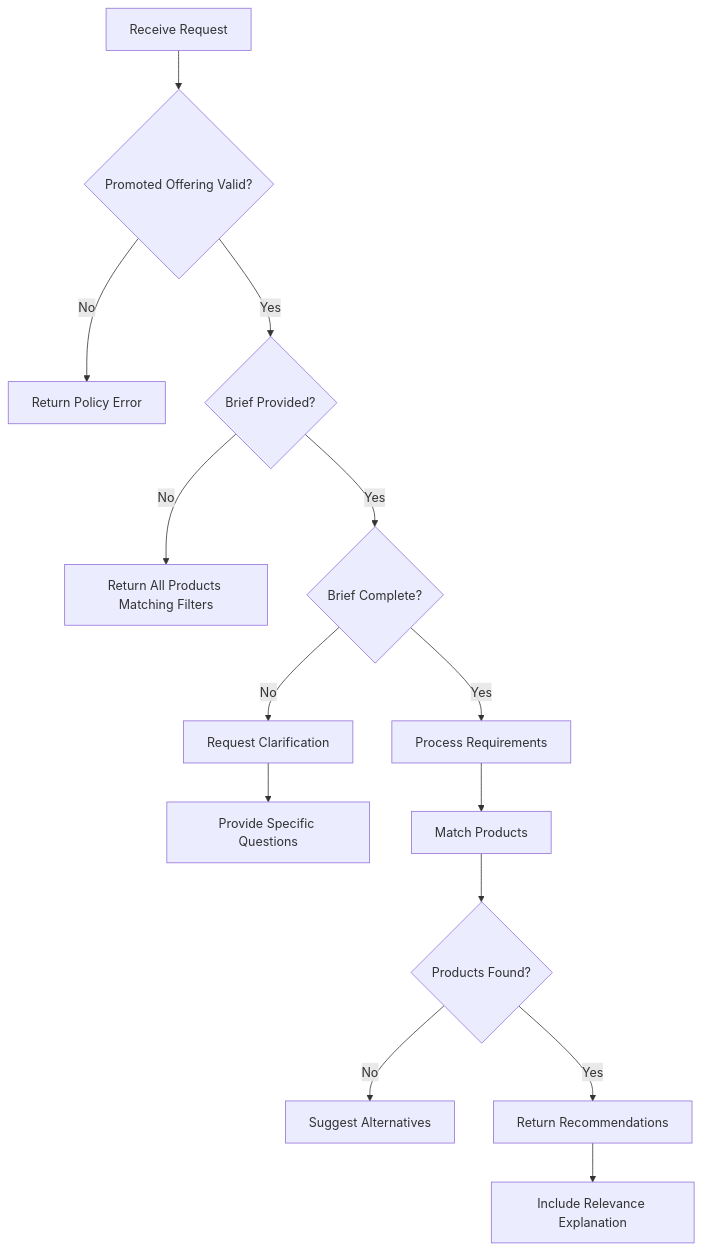
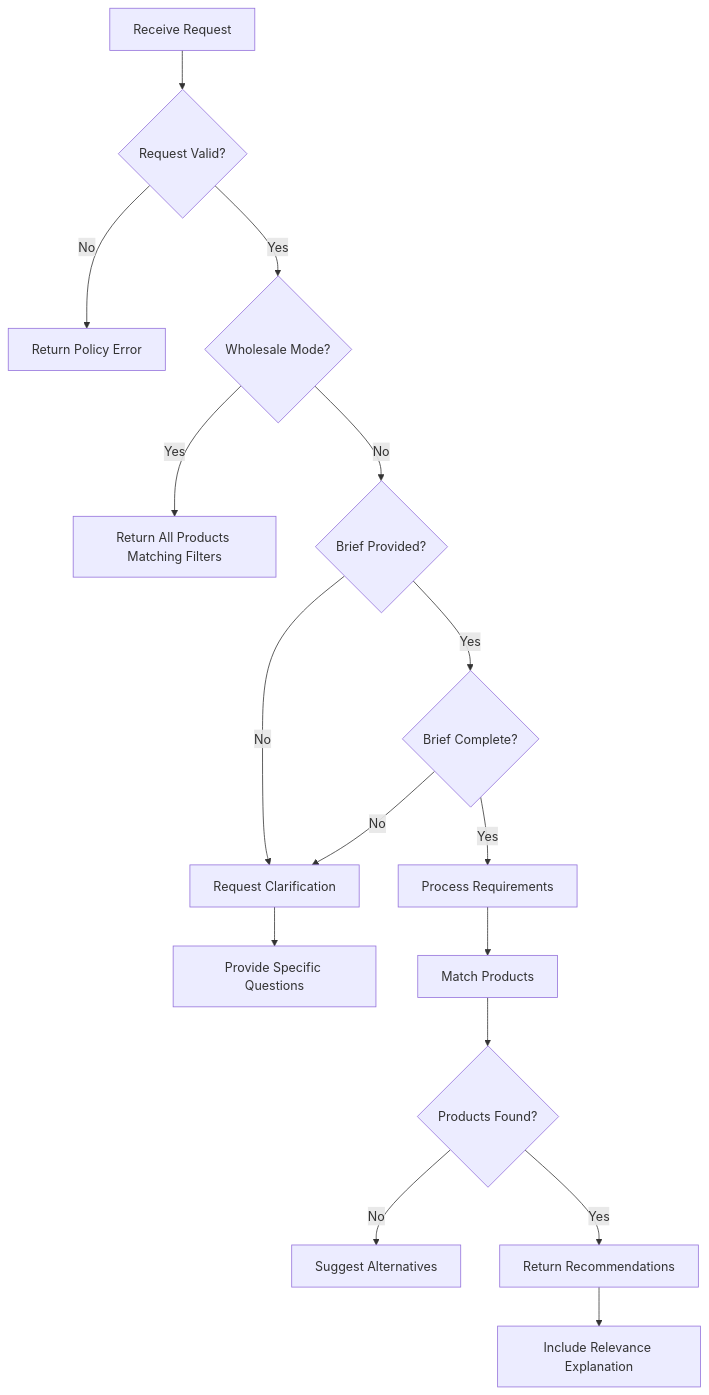
Before and after one commit to adcontextprotocol/adcp: the diagram in docs/media-buy/product-discovery/brief-expectations.mdx, drawn with Mermaid. The commit also changed 12 other files, not shown here.

````diff
--- a/docs/media-buy/product-discovery/brief-expectations.mdx
+++ b/docs/media-buy/product-discovery/brief-expectations.mdx
@@ -266,16 +266,18 @@
 ```mermaid
 graph TD
-    A[Receive Request] --> B{Promoted Offering Valid?}
+    A[Receive Request] --> B{Request Valid?}
     B -->|No| C[Return Policy Error]
-    B -->|Yes| D{Brief Provided?}
-    D -->|No| M[Return All Products Matching Filters]
+    B -->|Yes| W{Wholesale Mode?}
+    W -->|Yes| M[Return All Products Matching Filters]
+    W -->|No| D{Brief Provided?}
+    D -->|No| F[Request Clarification]
     D -->|Yes| E{Brief Complete?}
-    E -->|No| F[Request Clarification]
+    E -->|No| F
     E -->|Yes| G[Process Requirements]
     F --> H[Provide Specific Questions]
     G --> I[Match Products]
     I --> J{Products Found?}
     J -->|No| K[Suggest Alternatives]
     J -->|Yes| L[Return Recommendations]
     L --> N[Include Relevance Explanation]
 ```
````
